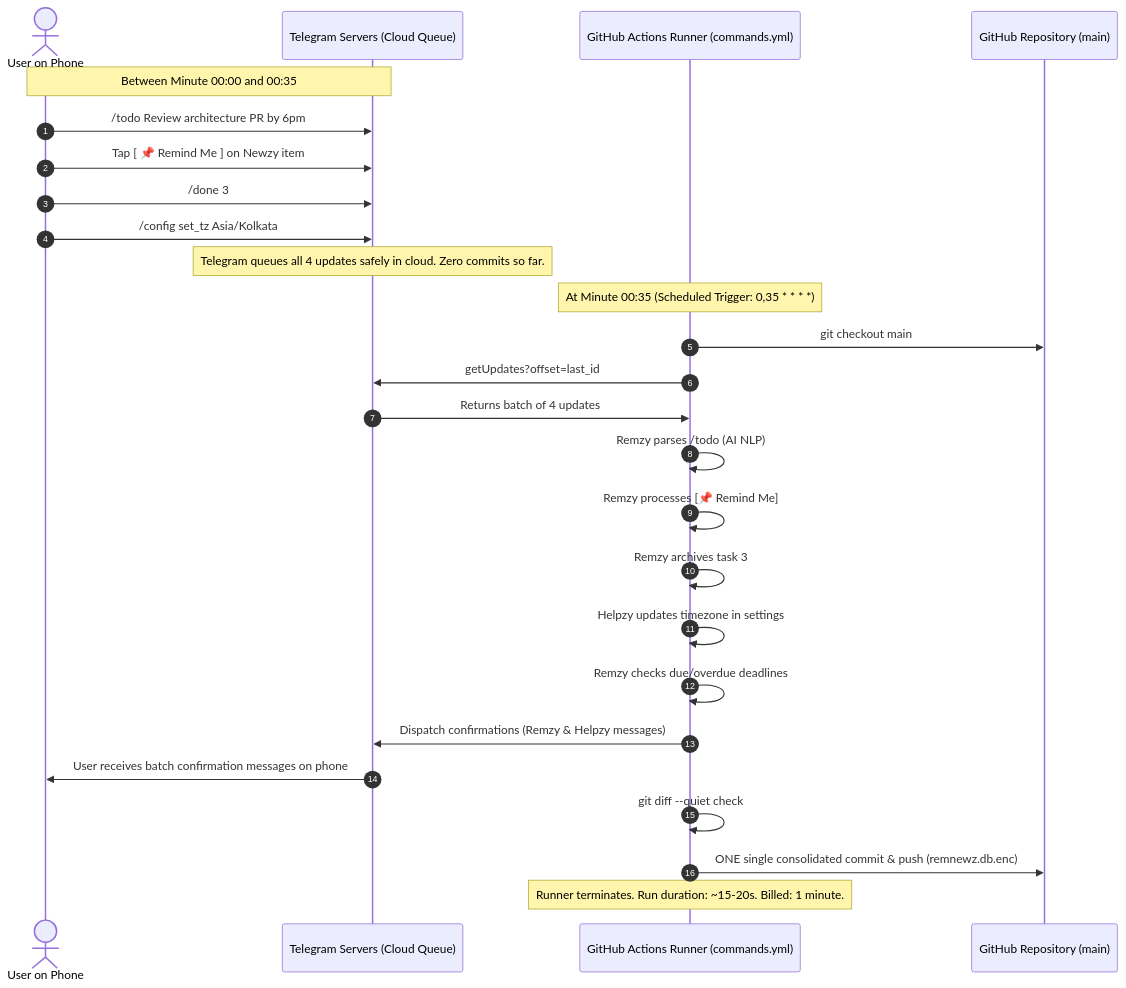
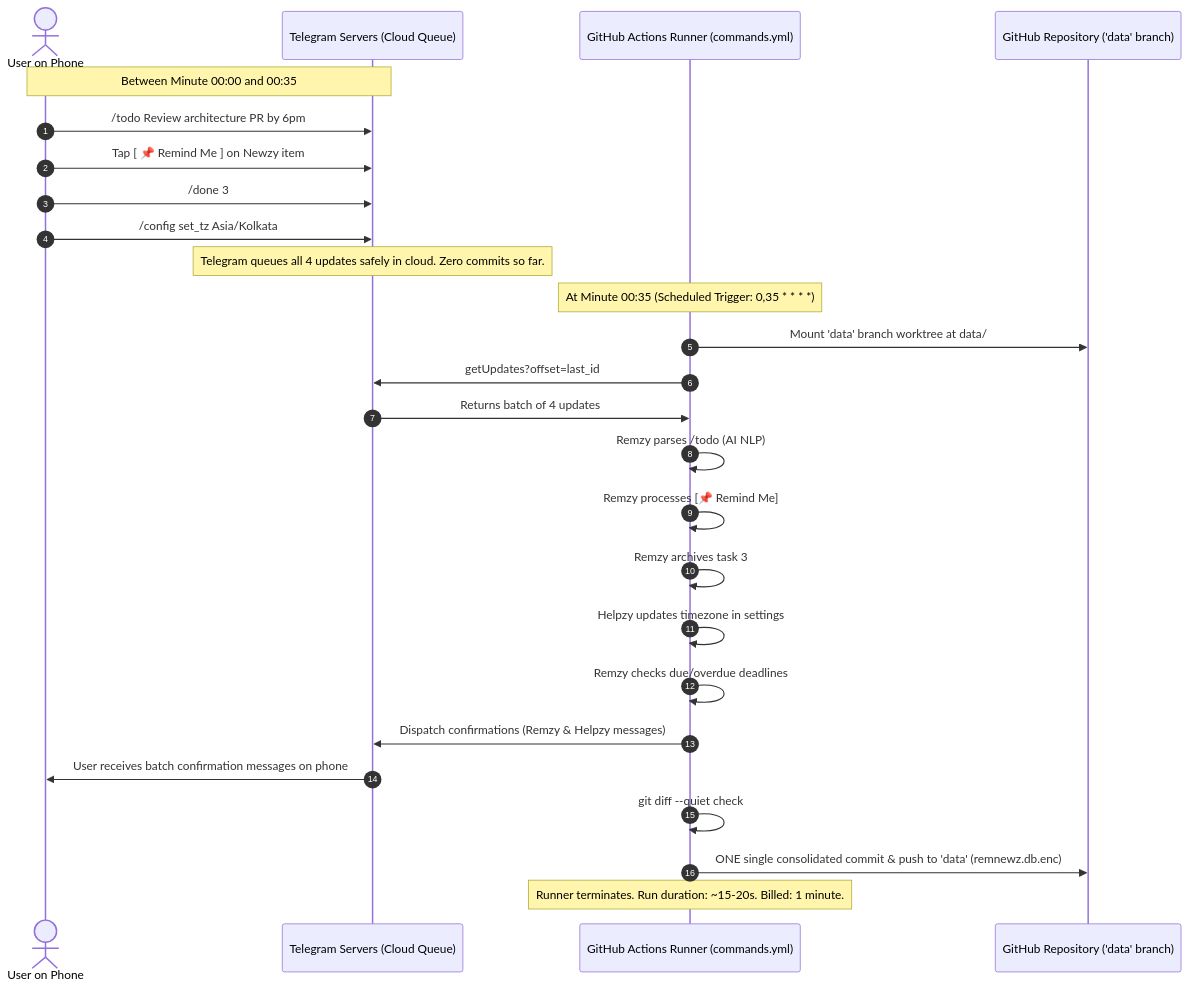
The third of 3 diagrams in Project Docs/Architecture.md (joydeepd900/RemNewz), drawn with Mermaid before and after one commit. The commit also changed other lines of this file and 2 other files, not shown here.

Commit message:
fix: align commit target with data branch, include plaintext db in cleanup guide, and enforce strict star threshold

````diff
--- a/Project Docs/Architecture.md
+++ b/Project Docs/Architecture.md
@@ -226,33 +226,33 @@
 ```mermaid
 sequenceDiagram
     autonumber
     actor User as User on Phone
     participant TG as Telegram Servers (Cloud Queue)
     participant Runner as GitHub Actions Runner (commands.yml)
-    participant Git as GitHub Repository (main)
+    participant Git as GitHub Repository ('data' branch)
 
     Note over User,TG: Between Minute 00:00 and 00:35
     User->>TG: /todo Review architecture PR by 6pm
     User->>TG: Tap [ 📌 Remind Me ] on Newzy item
     User->>TG: /done 3
     User->>TG: /config set_tz Asia/Kolkata
     Note over TG: Telegram queues all 4 updates safely in cloud. Zero commits so far.
 
     Note over Runner: At Minute 00:35 (Scheduled Trigger: 0,35 * * * *)
-    Runner->>Git: git checkout main
+    Runner->>Git: Mount 'data' branch worktree at data/
     Runner->>TG: getUpdates?offset=last_id
     TG->>Runner: Returns batch of 4 updates
     
     Runner->>Runner: Remzy parses /todo (AI NLP)
     Runner->>Runner: Remzy processes [📌 Remind Me]
     Runner->>Runner: Remzy archives task 3
     Runner->>Runner: Helpzy updates timezone in settings
     Runner->>Runner: Remzy checks due/overdue deadlines
 
     Runner->>TG: Dispatch confirmations (Remzy & Helpzy messages)
     TG->>User: User receives batch confirmation messages on phone
 
     Runner->>Runner: git diff --quiet check
-    Runner->>Git: ONE single consolidated commit & push (remnewz.db.enc)
+    Runner->>Git: ONE single consolidated commit & push to 'data' (remnewz.db.enc)
     Note over Runner: Runner terminates. Run duration: ~15-20s. Billed: 1 minute.
 ```
````
